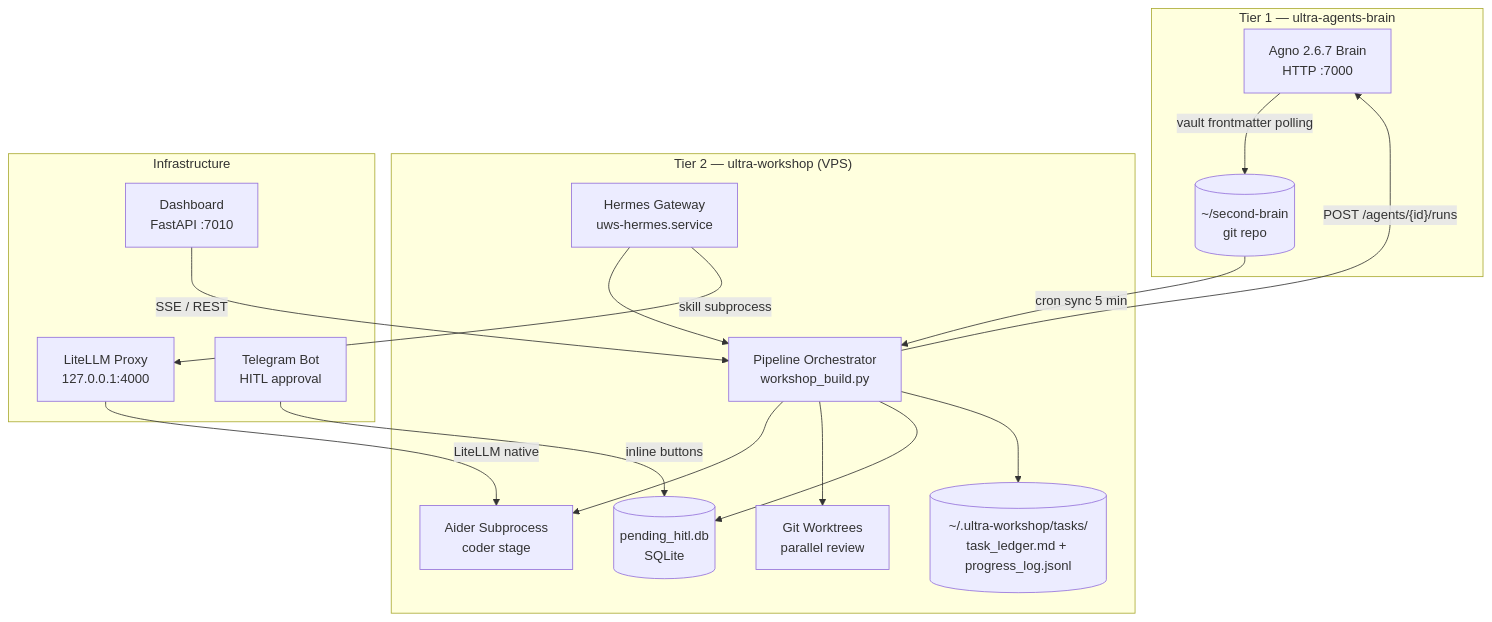
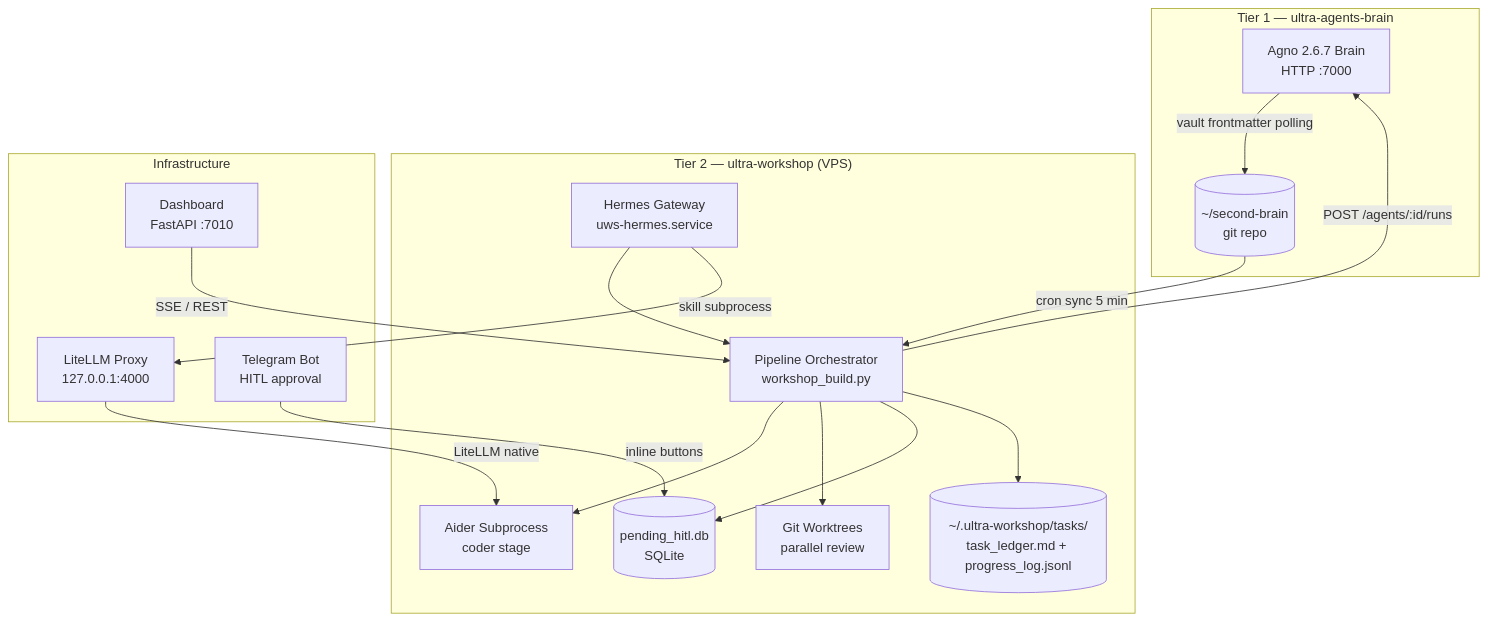
One commit to caiobellizzi/ultra-workshop changed the first of 2 diagrams in docs/ARCHITECTURE.md. Above: the diagram before and after it, drawn with Mermaid. The commit also changed other lines of this file, not shown here.

Commit message:
docs(architecture): make Mermaid diagrams render on GitHub
Drop the braces in the edge label (use :id instead of {id}) so no Mermaid version
reads it as a diamond node, and convert all node-label line breaks to <br/>.

````diff
--- a/docs/ARCHITECTURE.md
+++ b/docs/ARCHITECTURE.md
@@ -10,35 +10,35 @@
 ```mermaid
 graph TD
     subgraph "Tier 1 — ultra-agents-brain"
-        BRAIN[Agno 2.6.7 Brain\nHTTP :7000]
-        VAULT[(~/second-brain\ngit repo)]
+        BRAIN[Agno 2.6.7 Brain<br/>HTTP :7000]
+        VAULT[(~/second-brain<br/>git repo)]
     end
 
     subgraph "Tier 2 — ultra-workshop (VPS)"
-        HERMES[Hermes Gateway\nuws-hermes.service]
-        PIPELINE[Pipeline Orchestrator\nworkshop_build.py]
-        AIDER[Aider Subprocess\ncoder stage]
-        WORKTREES[Git Worktrees\nparallel review]
-        HITL_DB[(pending_hitl.db\nSQLite)]
-        TASK_LEDGER[(~/.ultra-workshop/tasks/\ntask_ledger.md + progress_log.jsonl)]
+        HERMES[Hermes Gateway<br/>uws-hermes.service]
+        PIPELINE[Pipeline Orchestrator<br/>workshop_build.py]
+        AIDER[Aider Subprocess<br/>coder stage]
+        WORKTREES[Git Worktrees<br/>parallel review]
+        HITL_DB[(pending_hitl.db<br/>SQLite)]
+        TASK_LEDGER[(~/.ultra-workshop/tasks/<br/>task_ledger.md + progress_log.jsonl)]
     end
 
     subgraph "Infrastructure"
-        LITELLM[LiteLLM Proxy\n127.0.0.1:4000]
-        DASHBOARD[Dashboard\nFastAPI :7010]
-        TELEGRAM[Telegram Bot\nHITL approval]
+        LITELLM[LiteLLM Proxy<br/>127.0.0.1:4000]
+        DASHBOARD[Dashboard<br/>FastAPI :7010]
+        TELEGRAM[Telegram Bot<br/>HITL approval]
     end
 
-    PIPELINE -->|"POST /agents/{id}/runs"| BRAIN
+    PIPELINE -->|POST /agents/:id/runs| BRAIN
     BRAIN -->|vault frontmatter polling| VAULT
     VAULT -->|cron sync 5 min| PIPELINE
     PIPELINE --> AIDER
     PIPELINE --> WORKTREES
     PIPELINE --> HITL_DB
     PIPELINE --> TASK_LEDGER
     HERMES --> PIPELINE
     LITELLM -->|LiteLLM native| AIDER
     HERMES -->|skill subprocess| LITELLM
     DASHBOARD -->|SSE / REST| PIPELINE
     TELEGRAM -->|inline buttons| HITL_DB
 ```
````
